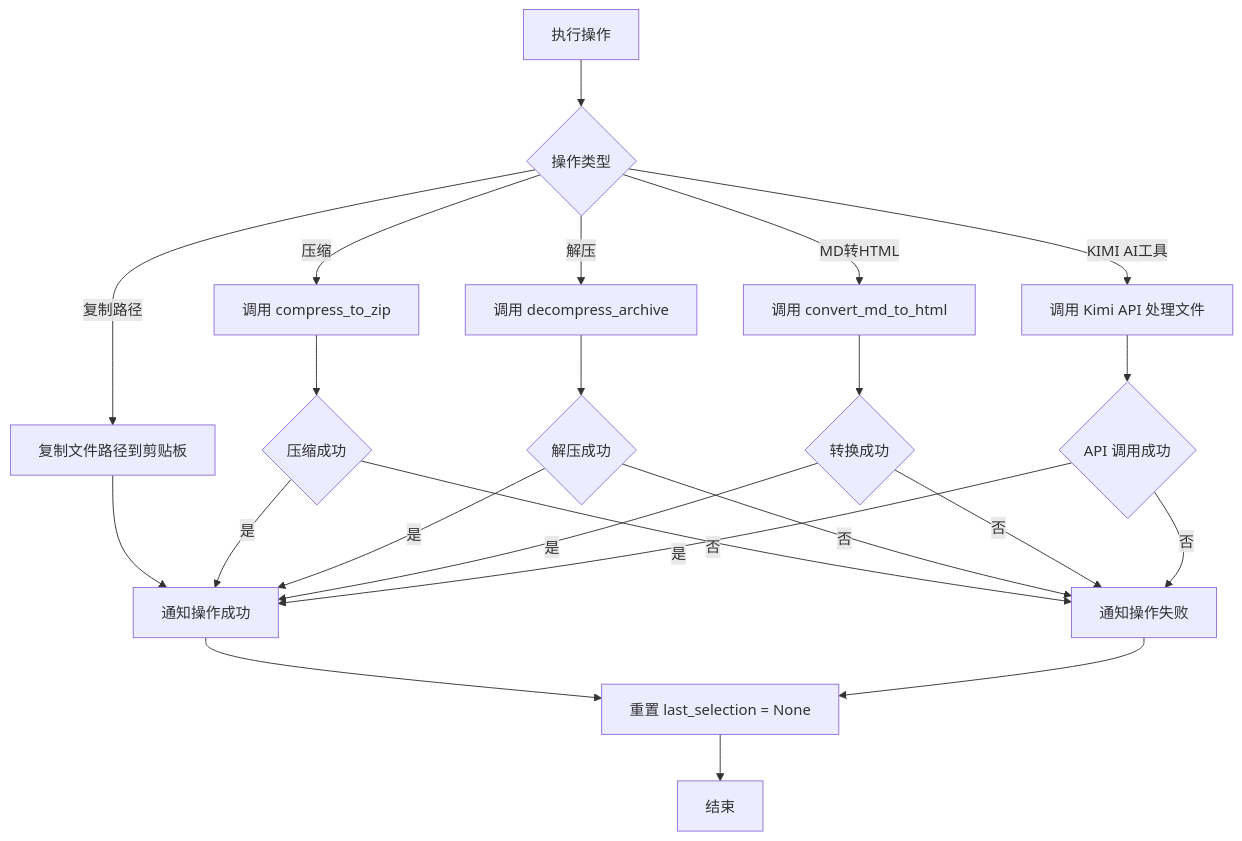
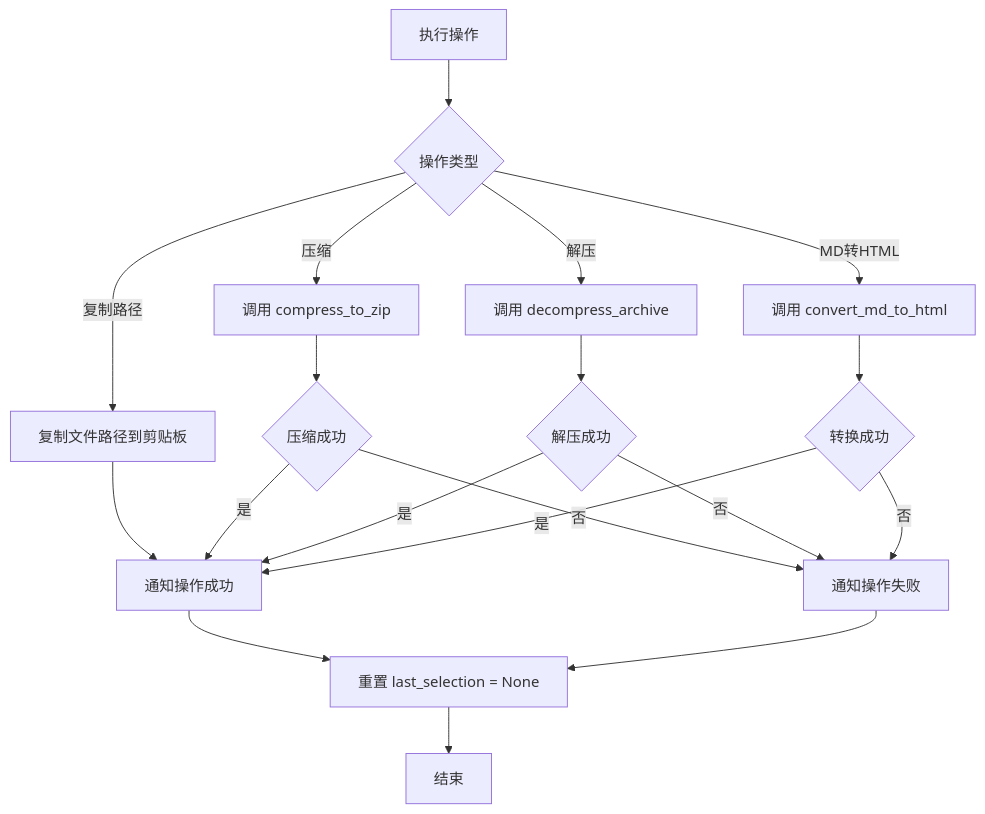
Before and after one commit to zhangs-cedar/mac-commondX: the sixth of 6 diagrams in 流程图.md, drawn with Mermaid. The commit also changed other lines of this file and 4 other files, not shown here.

````diff
--- a/流程图.md
+++ b/流程图.md
@@ -134,29 +130,25 @@
 ```mermaid
 flowchart TD
     StartNode["执行操作"] --> CheckOperation{"操作类型"}
     
     CheckOperation -->|复制路径| CopyPaths["复制文件路径到剪贴板"]
     CheckOperation -->|压缩| Compress["调用 compress_to_zip"]
     CheckOperation -->|解压| Decompress["调用 decompress_archive"]
     CheckOperation -->|MD转HTML| MdToHtml["调用 convert_md_to_html"]
-    CheckOperation -->|KIMI AI工具| KimiAi["调用 Kimi API 处理文件"]
     
     CopyPaths --> NotifySuccess["通知操作成功"]
     Compress --> CheckCompress{"压缩成功"}
     Decompress --> CheckDecompress{"解压成功"}
     MdToHtml --> CheckMdHtml{"转换成功"}
-    KimiAi --> CheckKimiAi{"API 调用成功"}
     
     CheckCompress -->|是| NotifySuccess
     CheckCompress -->|否| NotifyFail["通知操作失败"]
     CheckDecompress -->|是| NotifySuccess
     CheckDecompress -->|否| NotifyFail
     CheckMdHtml -->|是| NotifySuccess
     CheckMdHtml -->|否| NotifyFail
-    CheckKimiAi -->|是| NotifySuccess
-    CheckKimiAi -->|否| NotifyFail
     
     NotifySuccess --> ResetLastSelection["重置 last_selection = None"]
     NotifyFail --> ResetLastSelection
     ResetLastSelection --> EndNode["结束"]
 ```
````
